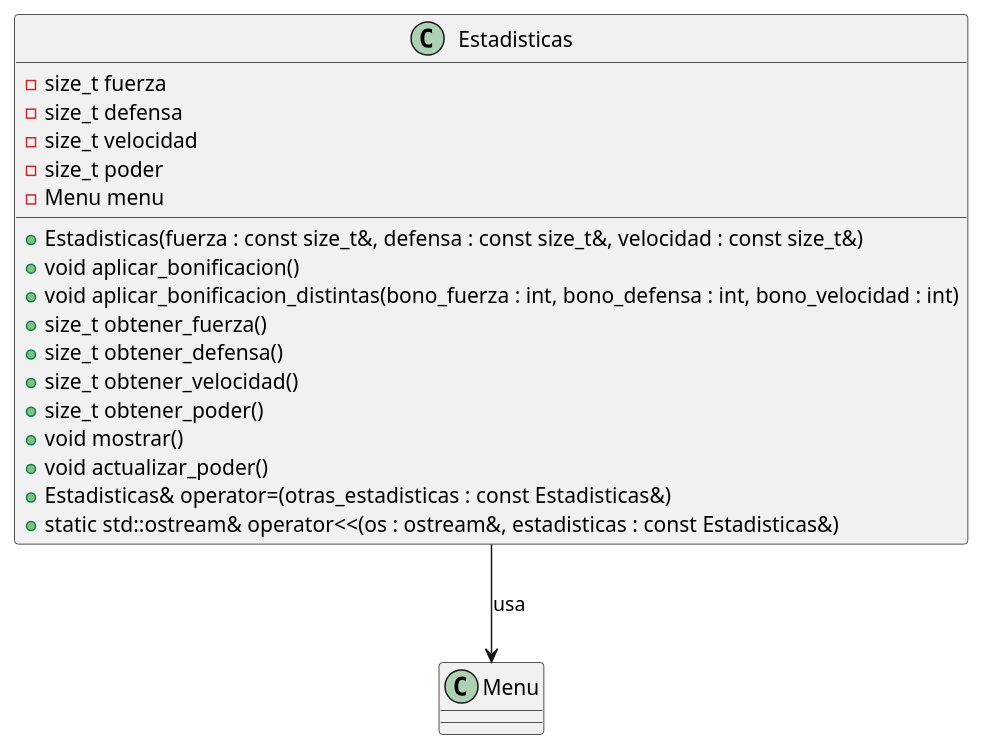
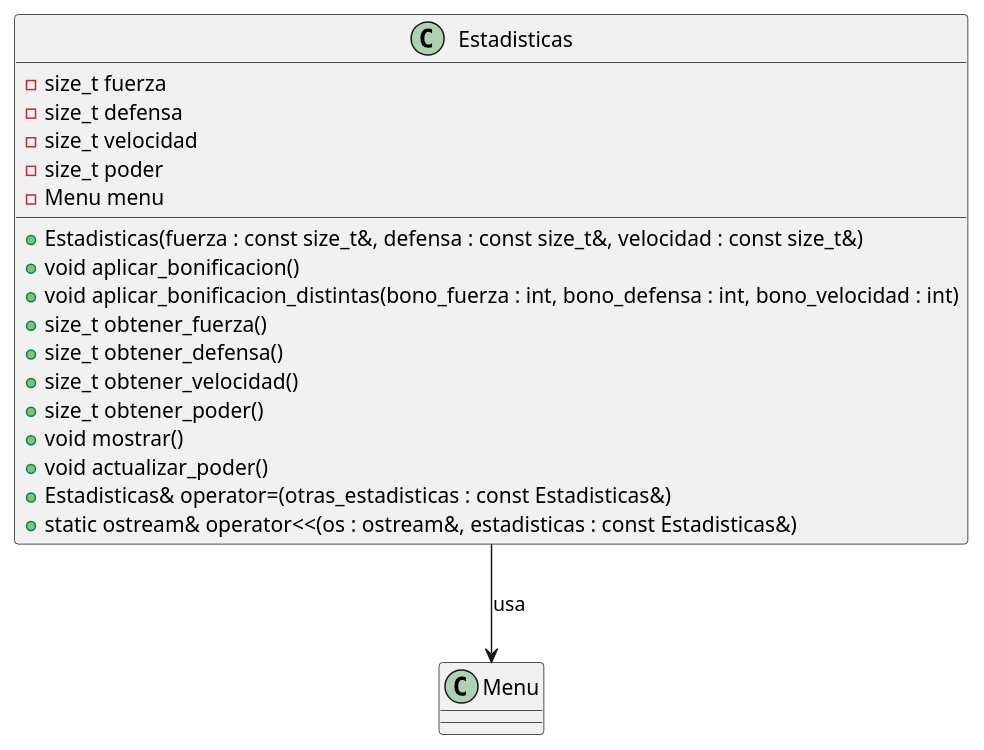
The diagram in Diagramas-UML/Estadisticas.puml (guillsil/Transformers-Game), drawn with PlantUML before and after one commit. The commit also changed 6 other files, not shown here.

```diff
--- a/Diagramas-UML/Estadisticas.puml
+++ b/Diagramas-UML/Estadisticas.puml
@@ -1,28 +1,28 @@
 @startuml
 'https://plantuml.com/class-diagram
 class Menu
 
 class Estadisticas {
     - size_t fuerza
     - size_t defensa
     - size_t velocidad
     - size_t poder
     - Menu menu
 
     + Estadisticas(fuerza : const size_t&, defensa : const size_t&, velocidad : const size_t&)
     + void aplicar_bonificacion()
     + void aplicar_bonificacion_distintas(bono_fuerza : int, bono_defensa : int, bono_velocidad : int)
     + size_t obtener_fuerza()
     + size_t obtener_defensa()
     + size_t obtener_velocidad()
     + size_t obtener_poder()
     + void mostrar()
     + void actualizar_poder()
     + Estadisticas& operator=(otras_estadisticas : const Estadisticas&)
-    + static std::ostream& operator<<(os : ostream&, estadisticas : const Estadisticas&)
+    + static ostream& operator<<(os : ostream&, estadisticas : const Estadisticas&)
 }
 
 ' Relaciones
 Estadisticas --> Menu : "usa"
 
 @enduml
```
